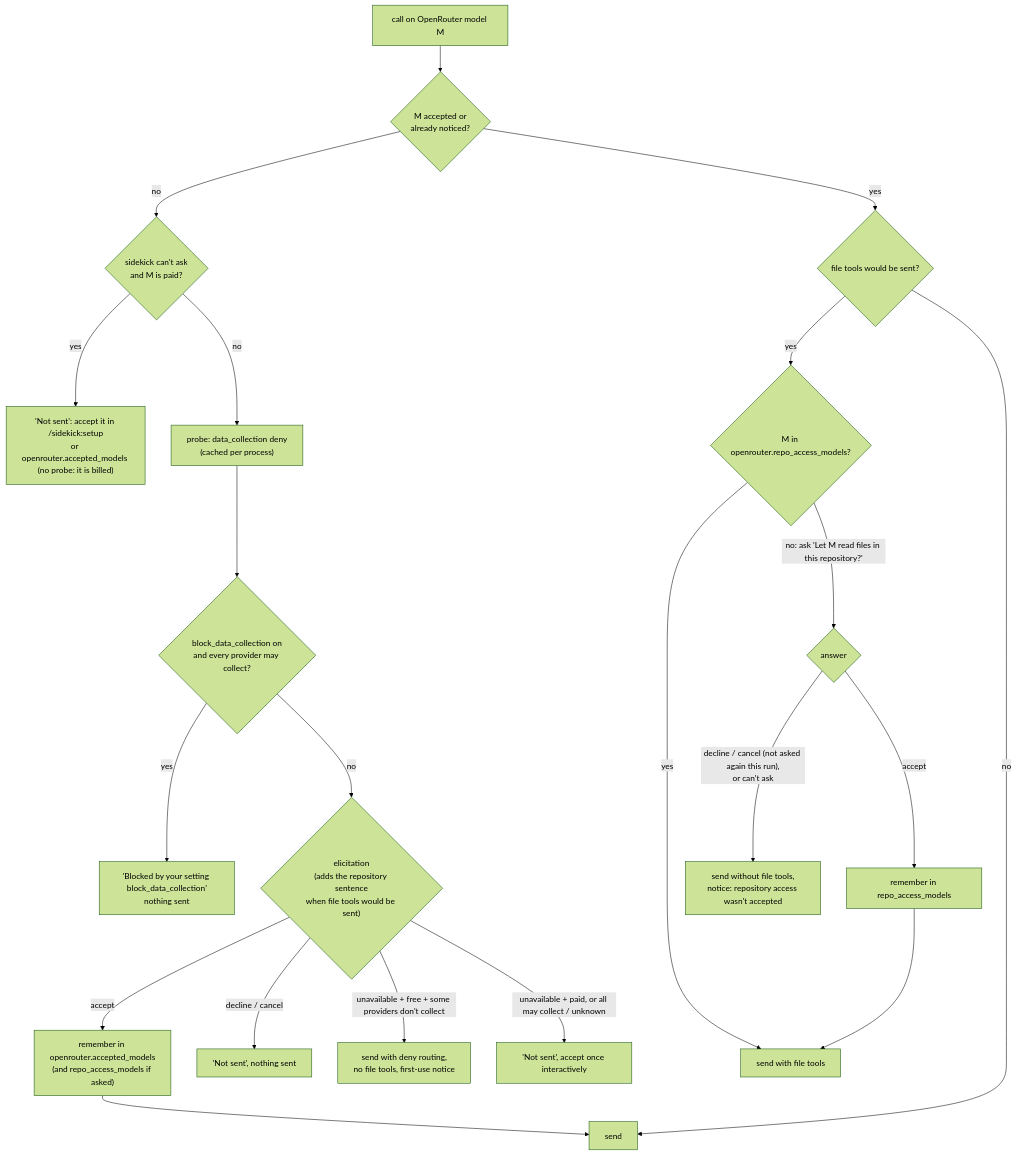
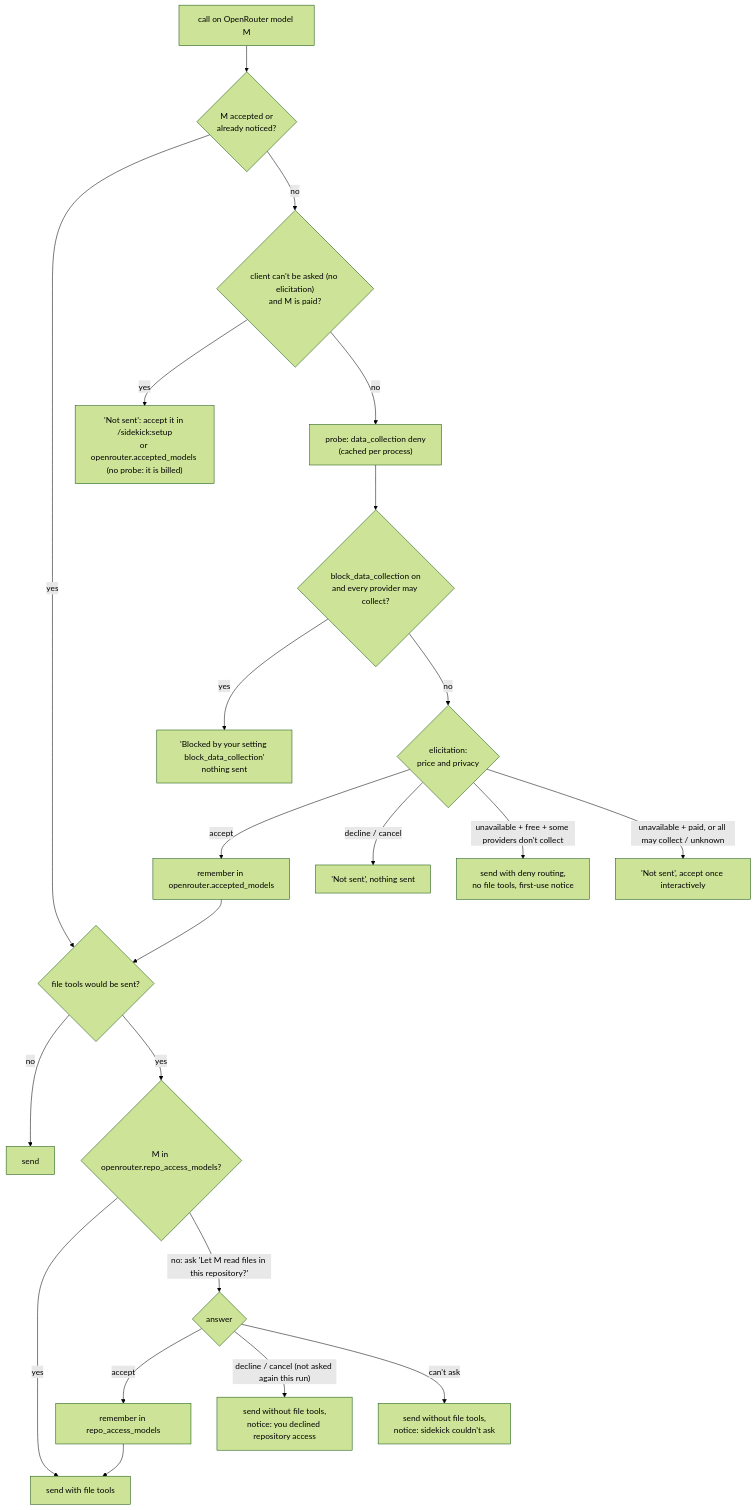
One commit to FlintAndFilament/sidekick changed the diagram in docs/diagrams/first-use-acceptance.mermaid. Above: the diagram before and after it, drawn with Mermaid (forest theme). The commit also changed 12 other files, not shown here.

First line of the commit message:
fix(openrouter): know before sending whether sidekick can ask, and ask about the repository separately

```diff
--- a/docs/diagrams/first-use-acceptance.mermaid
+++ b/docs/diagrams/first-use-acceptance.mermaid
@@ -1,19 +1,20 @@
 flowchart TD
     S["call on OpenRouter model M"] --> AC{"M accepted or<br/>already noticed?"}
     AC -->|yes| FT
-    AC -->|no| PAID{"sidekick can't ask<br/>and M is paid?"}
+    AC -->|no| PAID{"client can't be asked (no elicitation)<br/>and M is paid?"}
     PAID -->|yes| UP["'Not sent': accept it in /sidekick:setup<br/>or openrouter.accepted_models (no probe: it is billed)"]
     PAID -->|no| PR["probe: data_collection deny<br/>(cached per process)"]
     PR --> BL{"block_data_collection on<br/>and every provider may collect?"}
     BL -->|yes| BLK["'Blocked by your setting block_data_collection'<br/>nothing sent"]
-    BL -->|no| EL{"elicitation<br/>(adds the repository sentence<br/>when file tools would be sent)"}
-    EL -->|accept| SAVE["remember in openrouter.accepted_models<br/>(and repo_access_models if asked)"] --> SEND
+    BL -->|no| EL{"elicitation:<br/>price and privacy"}
+    EL -->|accept| SAVE["remember in openrouter.accepted_models"] --> FT
     EL -->|"decline / cancel"| NS["'Not sent', nothing sent"]
     EL -->|"unavailable + free + some providers don't collect"| NT["send with deny routing,<br/>no file tools, first-use notice"]
     EL -->|"unavailable + paid, or all may collect / unknown"| UR["'Not sent', accept once interactively"]
     FT{"file tools would be sent?"} -->|no| SEND["send"]
     FT -->|yes| RA{"M in openrouter.repo_access_models?"}
     RA -->|yes| SENDT["send with file tools"]
     RA -->|"no: ask 'Let M read files in this repository?'"| RQ{"answer"}
     RQ -->|accept| RSAVE["remember in repo_access_models"] --> SENDT
-    RQ -->|"decline / cancel (not asked again this run),<br/>or can't ask"| SENDN["send without file tools,<br/>notice: repository access wasn't accepted"]
+    RQ -->|"decline / cancel (not asked again this run)"| SENDD["send without file tools,<br/>notice: you declined repository access"]
+    RQ -->|"can't ask"| SENDN["send without file tools,<br/>notice: sidekick couldn't ask"]
```
